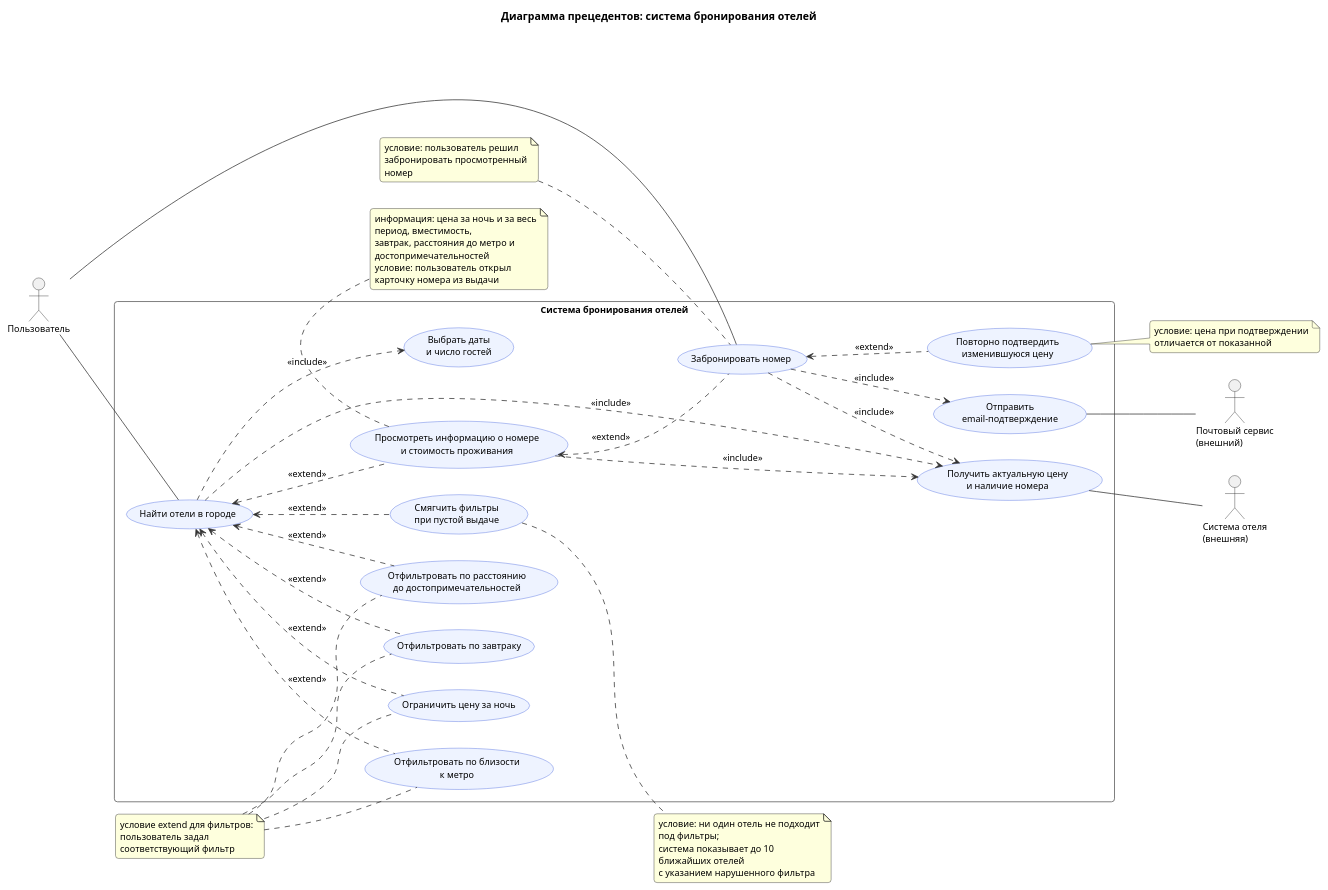
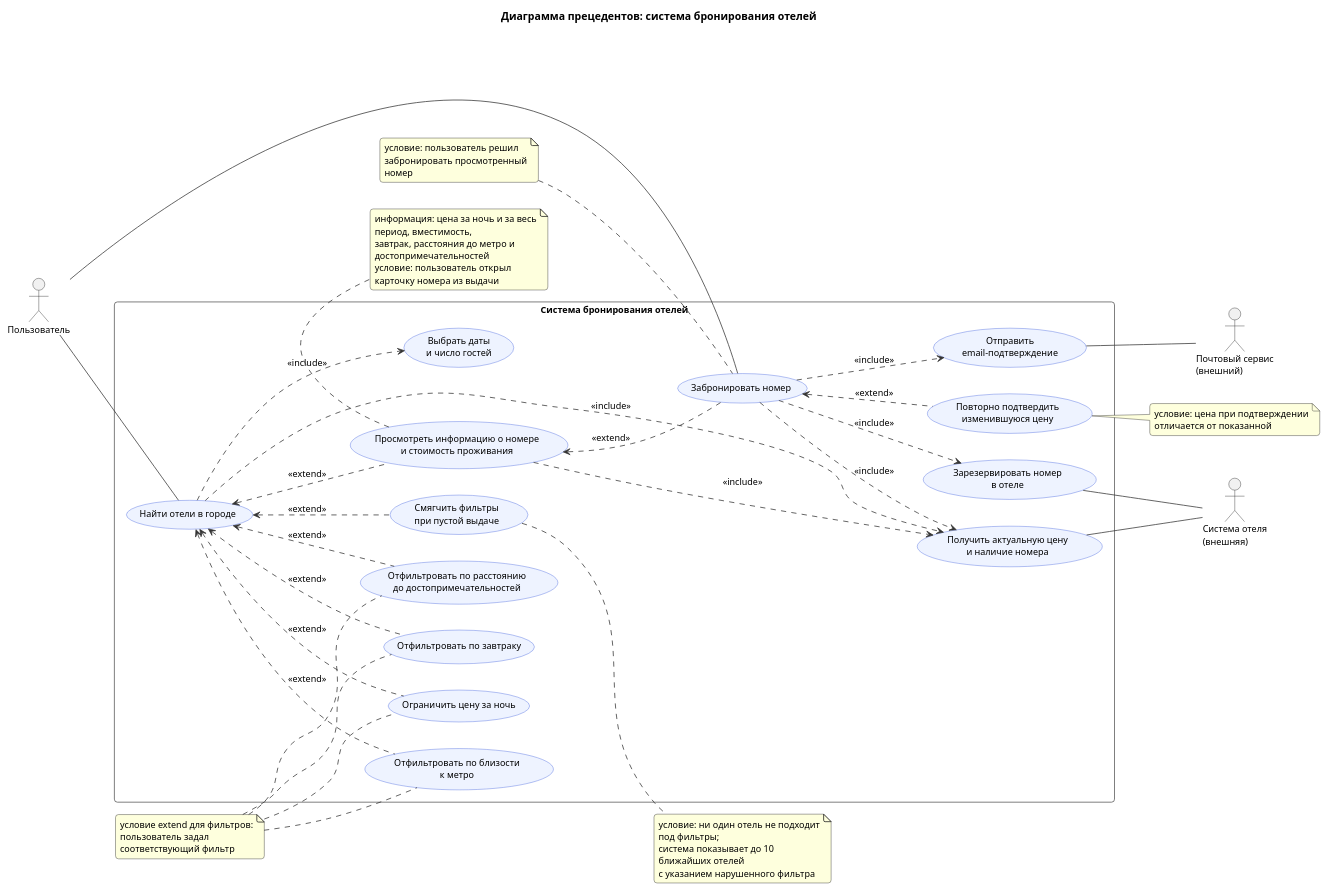
Before and after one commit to Remsely/cu-system-analysis: the diagram in hw2/1_1_usecase.puml, drawn with PlantUML. The commit also changed 1 other file, not shown here.

Commit message:
fix: align use case and activity with sequence on hotel reservation
Use case: add "Зарезервировать номер в отеле" (included by booking,
linked to the hotel system actor).
Activity: reserve the room by expected price before creating the booking
(free / price matches / price changed handled via inner retry loop);
fork now runs the confirmation screen and the email in parallel.

Claude-Session: https://claude.ai/code/session_01SJHMf92G1uTVkAQDfZWZSg

```diff
--- a/hw2/1_1_usecase.puml
+++ b/hw2/1_1_usecase.puml
@@ -1,86 +1,89 @@
 @startuml
 skinparam shadowing false
 skinparam defaultFontSize 12
 skinparam backgroundColor white
 skinparam roundCorner 8
 skinparam ArrowColor #333333
 skinparam wrapWidth 220
 title Диаграмма прецедентов: система бронирования отелей
 left to right direction
 skinparam actorStyle stickman
 skinparam usecase {
   BackgroundColor #EEF3FF
   BorderColor #3B5BDB
 }
 skinparam rectangle {
   BackgroundColor #FFFFFF
   BorderColor #555555
 }
 
 actor "Пользователь" as User
 actor "Система отеля\n(внешняя)" as HotelSys
 actor "Почтовый сервис\n(внешний)" as Mail
 
 rectangle "Система бронирования отелей" {
   usecase "Найти отели в городе" as UC_Search
   usecase "Выбрать даты\nи число гостей" as UC_Dates
   usecase "Отфильтровать по близости\nк метро" as UC_Metro
   usecase "Отфильтровать по расстоянию\nдо достопримечательностей" as UC_Attr
   usecase "Отфильтровать по завтраку" as UC_Breakfast
   usecase "Ограничить цену за ночь" as UC_Price
   usecase "Смягчить фильтры\nпри пустой выдаче" as UC_Relax
   usecase "Просмотреть информацию о номере\nи стоимость проживания" as UC_ViewPrice
   usecase "Получить актуальную цену\nи наличие номера" as UC_Actual
   usecase "Забронировать номер" as UC_Book
   usecase "Повторно подтвердить\nизменившуюся цену" as UC_Reconfirm
+  usecase "Зарезервировать номер\nв отеле" as UC_Reserve
   usecase "Отправить\nemail-подтверждение" as UC_Email
 }
 
 User -- UC_Search
 User -- UC_Book
 
 UC_Search ..> UC_Dates : <<include>>
 UC_Search ..> UC_Actual : <<include>>
 UC_ViewPrice ..> UC_Actual : <<include>>
 UC_Book ..> UC_Actual : <<include>>
+UC_Book ..> UC_Reserve : <<include>>
 UC_Book ..> UC_Email : <<include>>
 
 UC_Metro .up.> UC_Search : <<extend>>
 UC_Attr .up.> UC_Search : <<extend>>
 UC_Breakfast .up.> UC_Search : <<extend>>
 UC_Price .up.> UC_Search : <<extend>>
 UC_Relax .up.> UC_Search : <<extend>>
 UC_ViewPrice .up.> UC_Search : <<extend>>
 UC_Book .up.> UC_ViewPrice : <<extend>>
 UC_Reconfirm .up.> UC_Book : <<extend>>
 
 UC_Actual -- HotelSys
+UC_Reserve -- HotelSys
 UC_Email -- Mail
 
 note bottom of UC_ViewPrice
   информация: цена за ночь и за весь период, вместимость,
   завтрак, расстояния до метро и достопримечательностей
   условие: пользователь открыл карточку номера из выдачи
 end note
 note left of UC_Book
   условие: пользователь решил
   забронировать просмотренный номер
 end note
 note as N_Filters
   условие extend для фильтров:
   пользователь задал соответствующий фильтр
 end note
 N_Filters .. UC_Metro
 N_Filters .. UC_Attr
 N_Filters .. UC_Breakfast
 N_Filters .. UC_Price
 note right of UC_Relax
   условие: ни один отель не подходит под фильтры;
   система показывает до 10 ближайших отелей
   с указанием нарушенного фильтра
 end note
 note right of UC_Reconfirm
   условие: цена при подтверждении
   отличается от показанной
 end note
 @enduml
```
